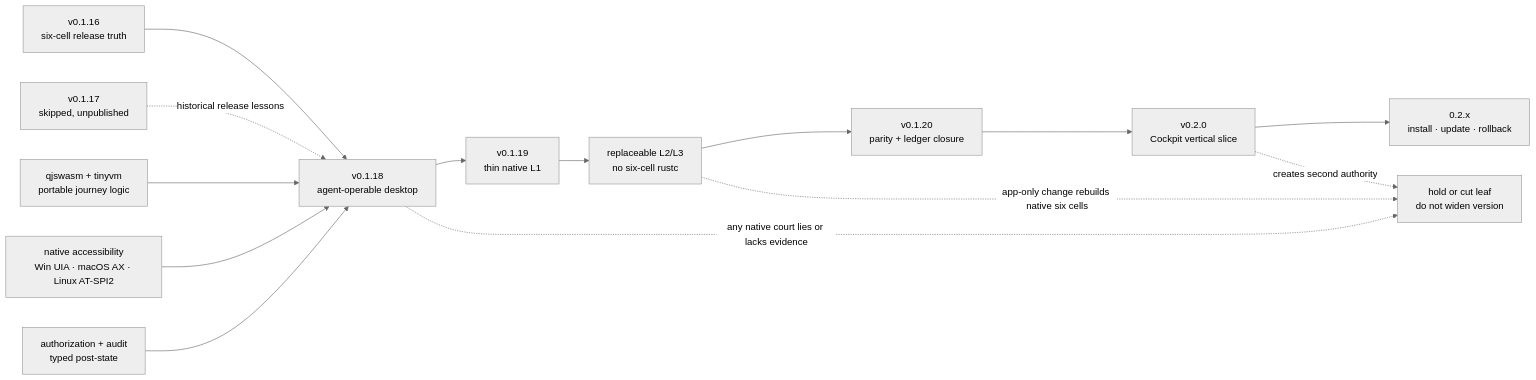
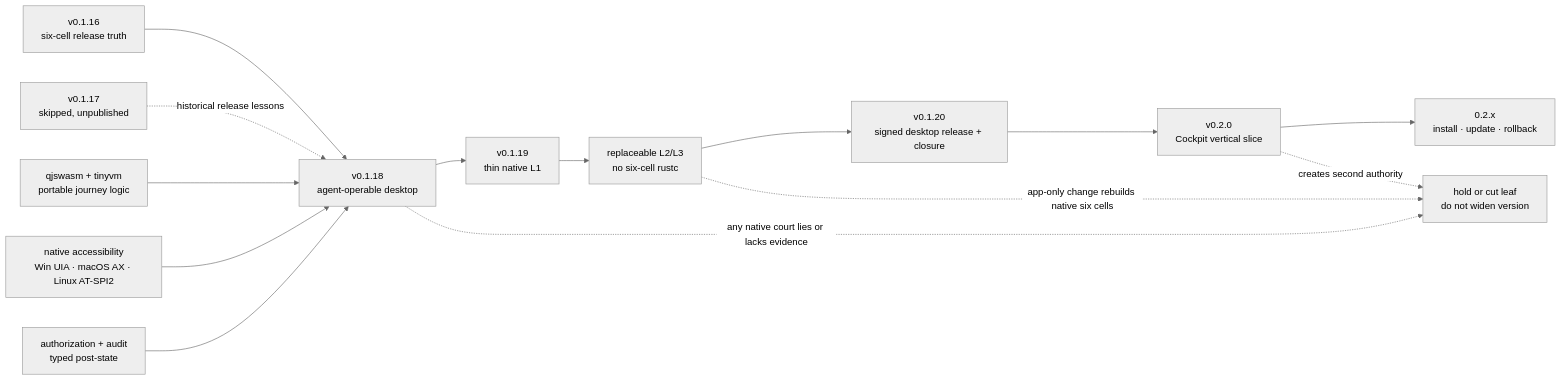
Before and after one commit to partnernetsoftware/agenterm: the diagram in prd/PRD_02_18_roadmap.md, drawn with Mermaid (neutral theme). The commit also changed other lines of this file and 4 other files, not shown here.

Commit message:
docs: make signed desktop bytes a v0.1.20 release gate

````diff
--- a/prd/PRD_02_18_roadmap.md
+++ b/prd/PRD_02_18_roadmap.md
@@ -55,25 +58,25 @@
 ```mermaid
 flowchart LR
   V16["v0.1.16<br/>six-cell release truth"]
   CU["v0.1.18<br/>agent-operable desktop"]
   Q["qjswasm + tinyvm<br/>portable journey logic"]
   A11Y["native accessibility<br/>Win UIA · macOS AX · Linux AT-SPI2"]
   AUTH["authorization + audit<br/>typed post-state"]
   L1["v0.1.19<br/>thin native L1"]
   L2["replaceable L2/L3<br/>no six-cell rustc"]
-  CLOSE["v0.1.20<br/>parity + ledger closure"]
+  CLOSE["v0.1.20<br/>signed desktop release + closure"]
   CC["v0.2.0<br/>Cockpit vertical slice"]
   DIST["0.2.x<br/>install · update · rollback"]
   HOLD["hold or cut leaf<br/>do not widen version"]
 
   R17["v0.1.17<br/>skipped, unpublished"]
   V16 --> CU
   R17 -. historical release lessons .-> CU
   Q --> CU
   A11Y --> CU
   AUTH --> CU
   CU --> L1 --> L2 --> CLOSE --> CC --> DIST
   CU -. any native court lies or lacks evidence .-> HOLD
   L2 -. app-only change rebuilds native six cells .-> HOLD
   CC -. creates second authority .-> HOLD
 ```
````
